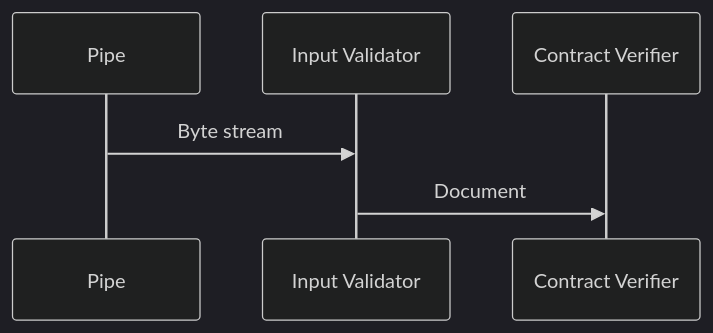
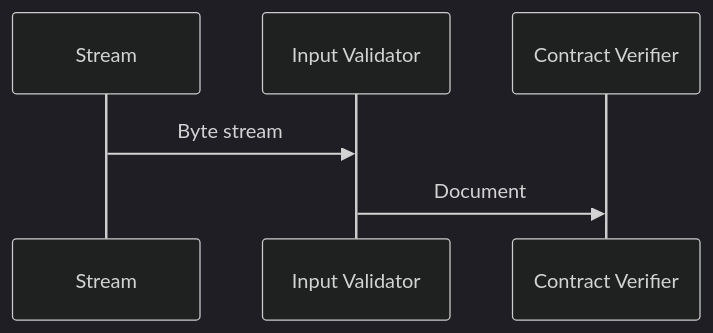
One commit to tagion/tagion changed the diagram in documents/architecture/InputValidator.md. Above: the diagram before and after it, drawn with Mermaid (dark theme). The commit also changed 1 other file, not shown here.

Commit message:
WIP: NativeSecp256k1 changed to use secp256k1_tagged_sha256

````diff
--- a/documents/architecture/InputValidator.md
+++ b/documents/architecture/InputValidator.md
@@ -19,9 +19,9 @@
 ```mermaid
 sequenceDiagram
-    participant Pipe
+    participant Stream 
     participant Input Validator 
     participant Contract Verifier
-    Pipe ->> Input Validator: Byte stream
+    Stream ->> Input Validator: Byte stream
     Input Validator->>Contract Verifier: Document  
 
 ```
````
